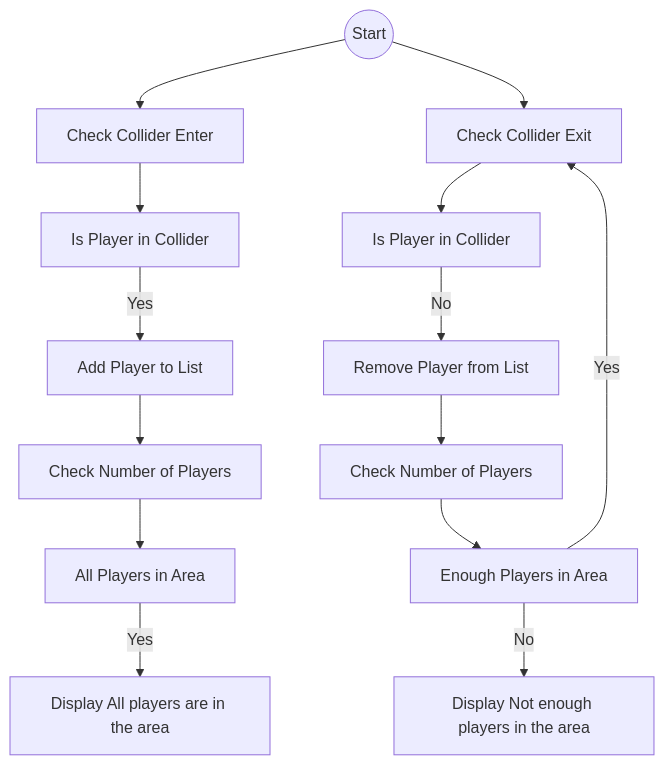
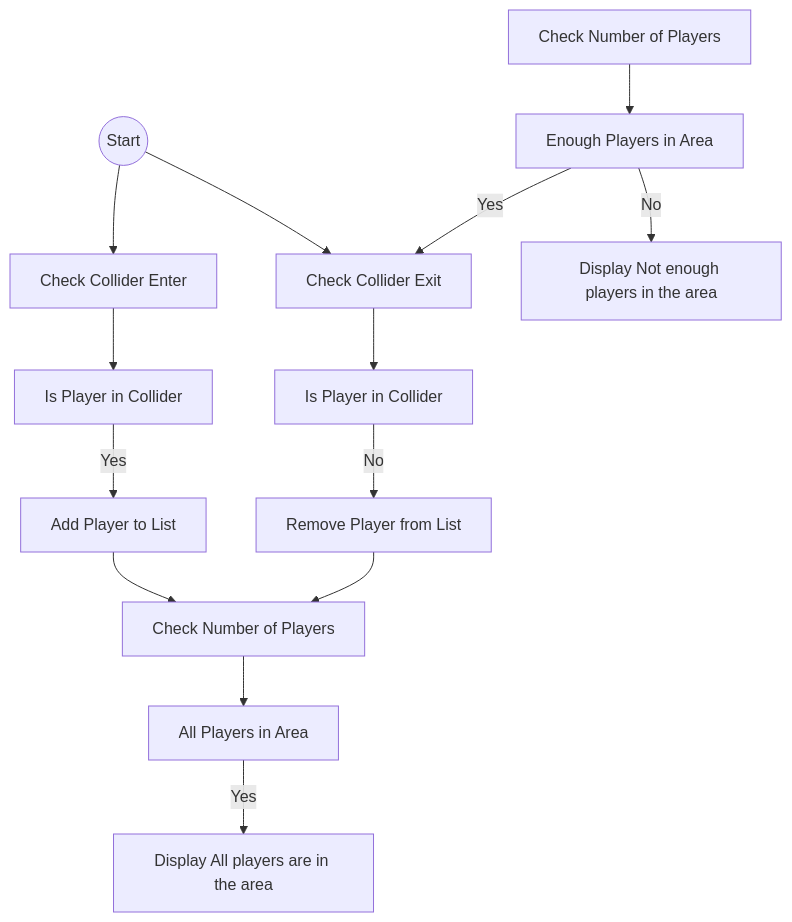
Before and after one commit to PAP0/Linx-Game: the third of 3 diagrams in README.md, drawn with Mermaid.

```diff
--- a/README.md
+++ b/README.md
@@ -104,30 +104,30 @@
 ~~~mermaid
 flowchart TD; 
     A((Start))
     B[Check Collider Enter]
     C[Is Player in Collider]
     D[Add Player to List]
     E[Check Number of Players]
     F[All Players in Area]
     G[Display All players are in the area]
     H[Check Collider Exit]
     I[Is Player in Collider]
     J[Remove Player from List]
     K[Check Number of Players]
     L[Enough Players in Area]
     M[Display Not enough players in the area]
     
     A --> B
     A --> H
     B --> C
     C -- Yes --> D
     D --> E
     E --> F
     F -- Yes --> G
     H --> I
-    J --> K
+    J --> E
     K --> L
     L -- No --> M
     L -- Yes --> H
     I -- No --> J
 ~~~
```
